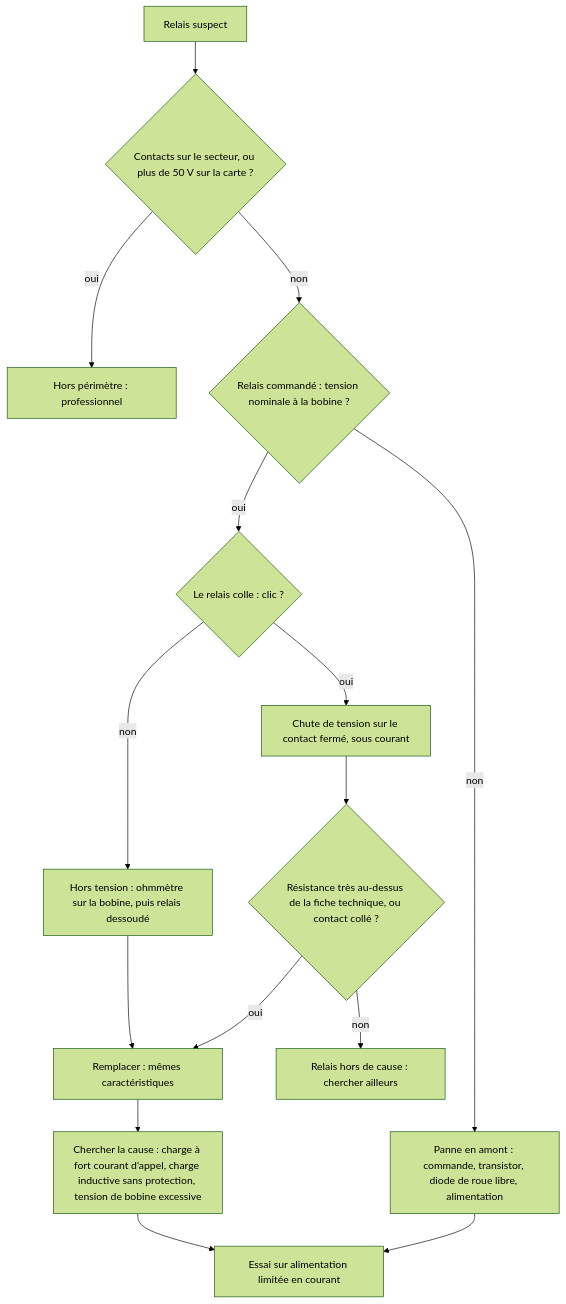
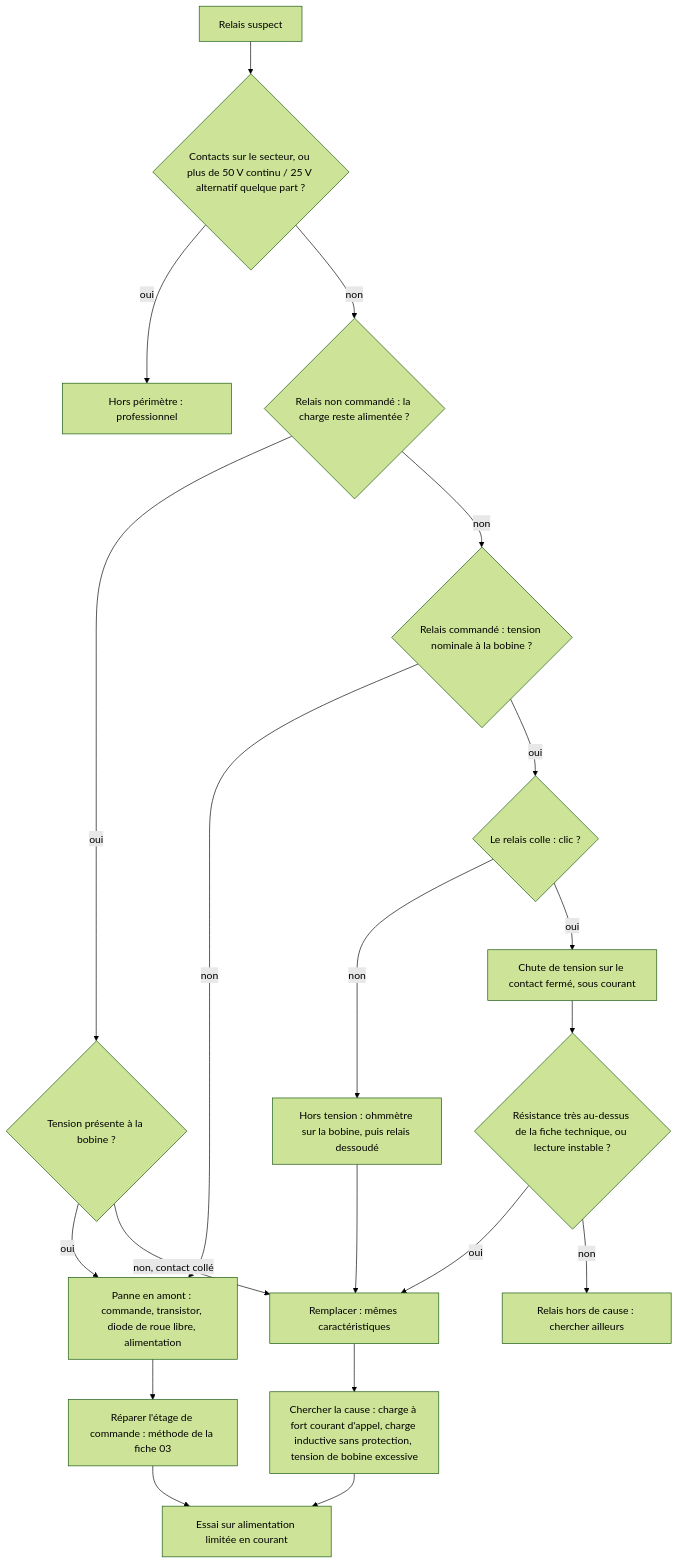
Before and after one commit to benoit-bremaud/ohm-sweet-ohm: the diagram in troubleshooting/33_relais/README.md, drawn with Mermaid (forest theme). The commit also changed other lines of this file and 11 other files, not shown here.

````diff
--- a/troubleshooting/33_relais/README.md
+++ b/troubleshooting/33_relais/README.md
@@ -150,17 +154,22 @@
 ```mermaid
 flowchart TD
-  A[Relais suspect] --> B{Contacts sur le secteur, ou plus de 50 V sur la carte ?}
+  A[Relais suspect] --> B{Contacts sur le secteur, ou plus de 50 V continu / 25 V alternatif quelque part ?}
   B -- oui --> C[Hors périmètre : professionnel]
-  B -- non --> D{Relais commandé : tension nominale à la bobine ?}
-  D -- non --> E[Panne en amont : commande, transistor, diode de roue libre, alimentation]
+  B -- non --> S{Relais non commandé : la charge reste alimentée ?}
+  S -- oui --> T{Tension présente à la bobine ?}
+  T -- oui --> E[Panne en amont : commande, transistor, diode de roue libre, alimentation]
+  T -- non, contact collé --> R
+  S -- non --> D{Relais commandé : tension nominale à la bobine ?}
+  D -- non --> E
   D -- oui --> F{Le relais colle : clic ?}
   F -- non --> G[Hors tension : ohmmètre sur la bobine, puis relais dessoudé]
   G --> R[Remplacer : mêmes caractéristiques]
   F -- oui --> J[Chute de tension sur le contact fermé, sous courant]
-  J --> K{Résistance très au-dessus de la fiche technique, ou contact collé ?}
+  J --> K{Résistance très au-dessus de la fiche technique, ou lecture instable ?}
   K -- oui --> R
   K -- non --> I[Relais hors de cause : chercher ailleurs]
   R --> P[Chercher la cause : charge à fort courant d'appel, charge inductive sans protection, tension de bobine excessive]
   P --> Q[Essai sur alimentation limitée en courant]
-  E --> Q
+  E --> U[Réparer l'étage de commande : méthode de la fiche 03]
+  U --> Q
 ```
````
